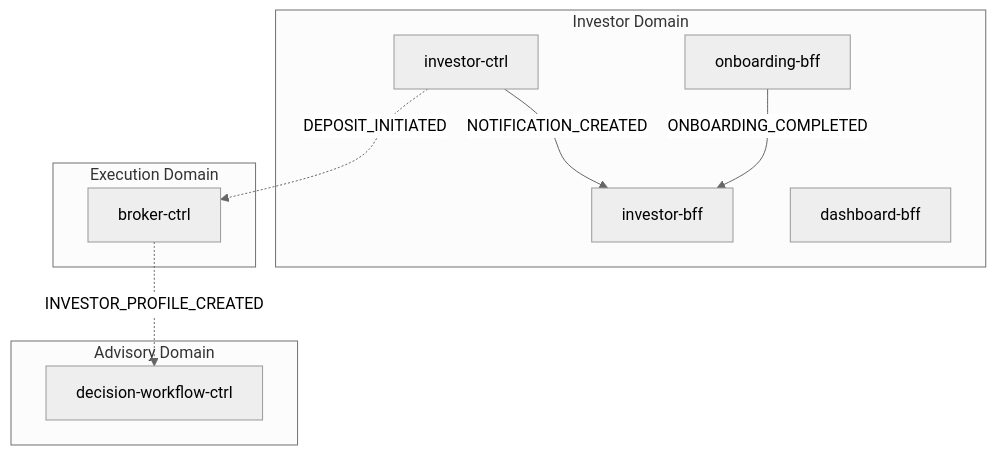
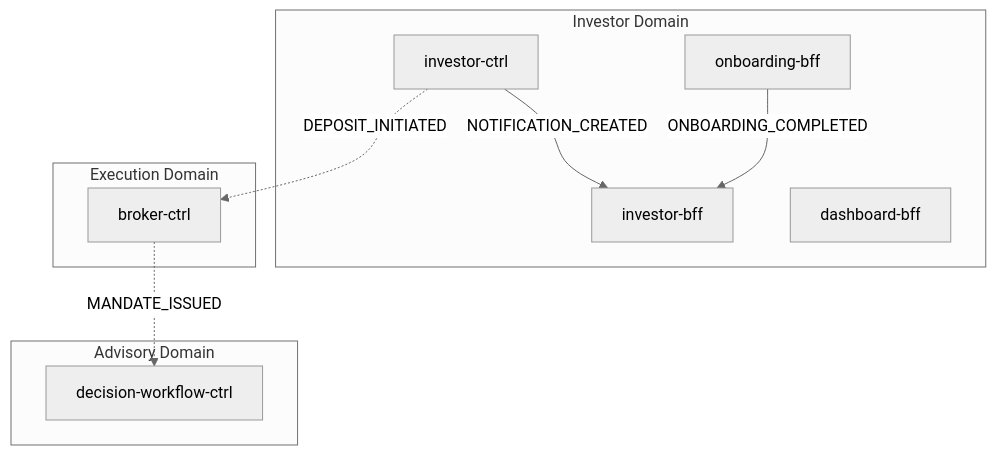
The first of 2 diagrams in docs/data-flows/investor-onboarding.md (fabio-vitali/nestfolio), drawn with Mermaid (neutral theme) before and after one commit. The commit also changed other lines of this file and 25 other files, not shown here.

First line of the commit message:
docs(data-flows): sync flow specs to code + harden generator

````diff
--- a/docs/data-flows/investor-onboarding.md
+++ b/docs/data-flows/investor-onboarding.md
@@ -11,19 +11,19 @@
 ```mermaid
 flowchart TD
     subgraph investor["Investor Domain"]
         onboarding_bff["onboarding-bff"]
         investor_bff["investor-bff"]
         investor_ctrl["investor-ctrl"]
         dashboard_bff["dashboard-bff"]
     end
     subgraph execution["Execution Domain"]
         broker_ctrl["broker-ctrl"]
     end
     subgraph advisory["Advisory Domain"]
         decision_workflow_ctrl["decision-workflow-ctrl"]
     end
     onboarding_bff -->|"ONBOARDING_COMPLETED"| investor_bff
     investor_ctrl -->|"NOTIFICATION_CREATED"| investor_bff
     investor_ctrl -.->|"DEPOSIT_INITIATED"| broker_ctrl
-    broker_ctrl -.->|"INVESTOR_PROFILE_CREATED"| decision_workflow_ctrl
+    broker_ctrl -.->|"MANDATE_ISSUED"| decision_workflow_ctrl
 ```
````
